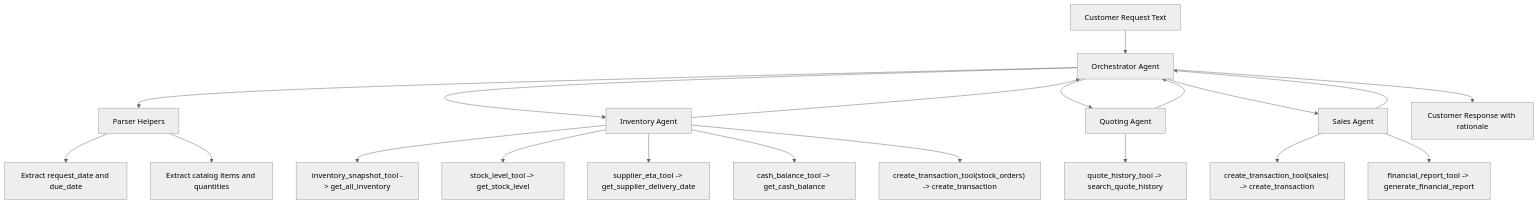
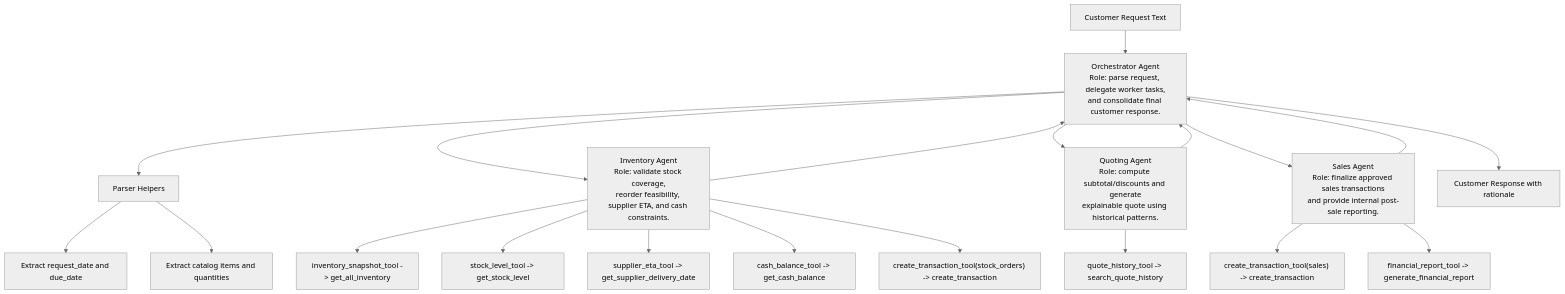
One commit to AnthonyChraim/UdacityBeaver changed the diagram in project/workflow_diagram.mmd. Above: the diagram before and after it, drawn with Mermaid (neutral theme). The commit also changed 4 other files, not shown here.

```diff
--- a/project/workflow_diagram.mmd
+++ b/project/workflow_diagram.mmd
@@ -1,24 +1,24 @@
 flowchart TD
-    C[Customer Request Text] --> O[Orchestrator Agent]
+    C[Customer Request Text] --> O["Orchestrator Agent<br/>Role: parse request, delegate worker tasks,<br/>and consolidate final customer response."]
     O --> P[Parser Helpers]
     P --> D1[Extract request_date and due_date]
     P --> D2[Extract catalog items and quantities]
 
-    O --> I[Inventory Agent]
+    O --> I["Inventory Agent<br/>Role: validate stock coverage,<br/>reorder feasibility, supplier ETA, and cash constraints."]
     I --> T1["inventory_snapshot_tool -> get_all_inventory"]
     I --> T2["stock_level_tool -> get_stock_level"]
     I --> T3["supplier_eta_tool -> get_supplier_delivery_date"]
     I --> T4["cash_balance_tool -> get_cash_balance"]
     I --> T5["create_transaction_tool(stock_orders) -> create_transaction"]
 
-    O --> Q[Quoting Agent]
+    O --> Q["Quoting Agent<br/>Role: compute subtotal/discounts and generate<br/>explainable quote using historical patterns."]
     Q --> T6["quote_history_tool -> search_quote_history"]
 
-    O --> S[Sales Agent]
+    O --> S["Sales Agent<br/>Role: finalize approved sales transactions<br/>and provide internal post-sale reporting."]
     S --> T7["create_transaction_tool(sales) -> create_transaction"]
     S --> T8["financial_report_tool -> generate_financial_report"]
 
     I --> O
     Q --> O
     S --> O
     O --> R[Customer Response with rationale]
```
